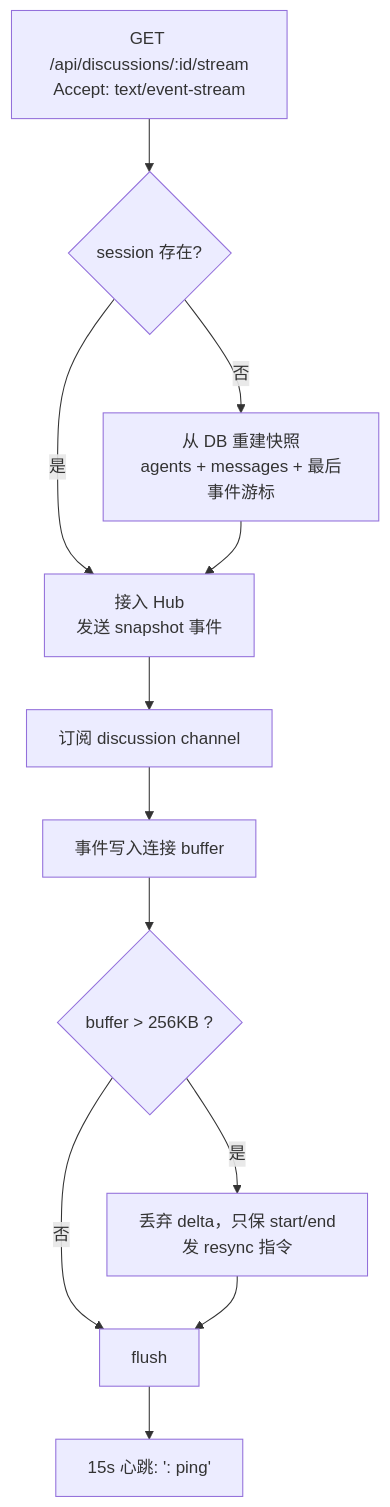
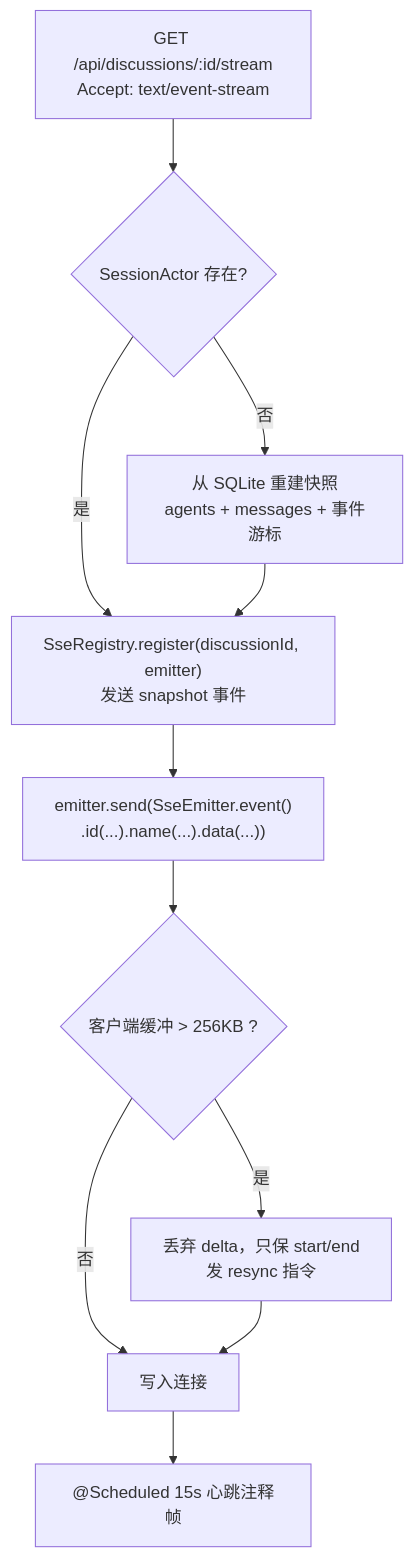
One commit to zueszyz/ai-panel-studio changed the third of 5 diagrams in docs/ARCHITECTURE.md. Above: the diagram before and after it, drawn with Mermaid. The commit also changed other lines of this file, not shown here.

Commit message:
docs(arch): rewrite layering, thread model and sqlite constraints for spring stack

````diff
--- a/docs/ARCHITECTURE.md
+++ b/docs/ARCHITECTURE.md
@@ -161,14 +167,13 @@
 ```mermaid
 flowchart TB
-    A["GET /api/discussions/:id/stream<br/>Accept: text/event-stream"] --> B{"session 存在?"}
-    B -- 否 --> C["从 DB 重建快照<br/>agents + messages + 最后事件游标"]
-    B -- 是 --> D["接入 Hub<br/>发送 snapshot 事件"]
+    A["GET /api/discussions/:id/stream<br/>Accept: text/event-stream"] --> B{"SessionActor 存在?"}
+    B -- 否 --> C["从 SQLite 重建快照<br/>agents + messages + 事件游标"]
+    B -- 是 --> D["SseRegistry.register(discussionId, emitter)<br/>发送 snapshot 事件"]
     C --> D
-    D --> E["订阅 discussion channel"]
-    E --> F["事件写入连接 buffer"]
-    F --> G{"buffer > 256KB ?"}
-    G -- 是 --> H["丢弃 delta，只保 start/end<br/>发 resync 指令"]
-    G -- 否 --> I["flush"]
-    H --> I
-    I --> J["15s 心跳: ': ping'"]
+    D --> E["emitter.send(SseEmitter.event()<br/>.id(...).name(...).data(...))"]
+    E --> F{"客户端缓冲 > 256KB ?"}
+    F -- 是 --> G["丢弃 delta，只保 start/end<br/>发 resync 指令"]
+    F -- 否 --> H["写入连接"]
+    G --> H
+    H --> I["@Scheduled 15s 心跳注释帧"]
 ```
````
